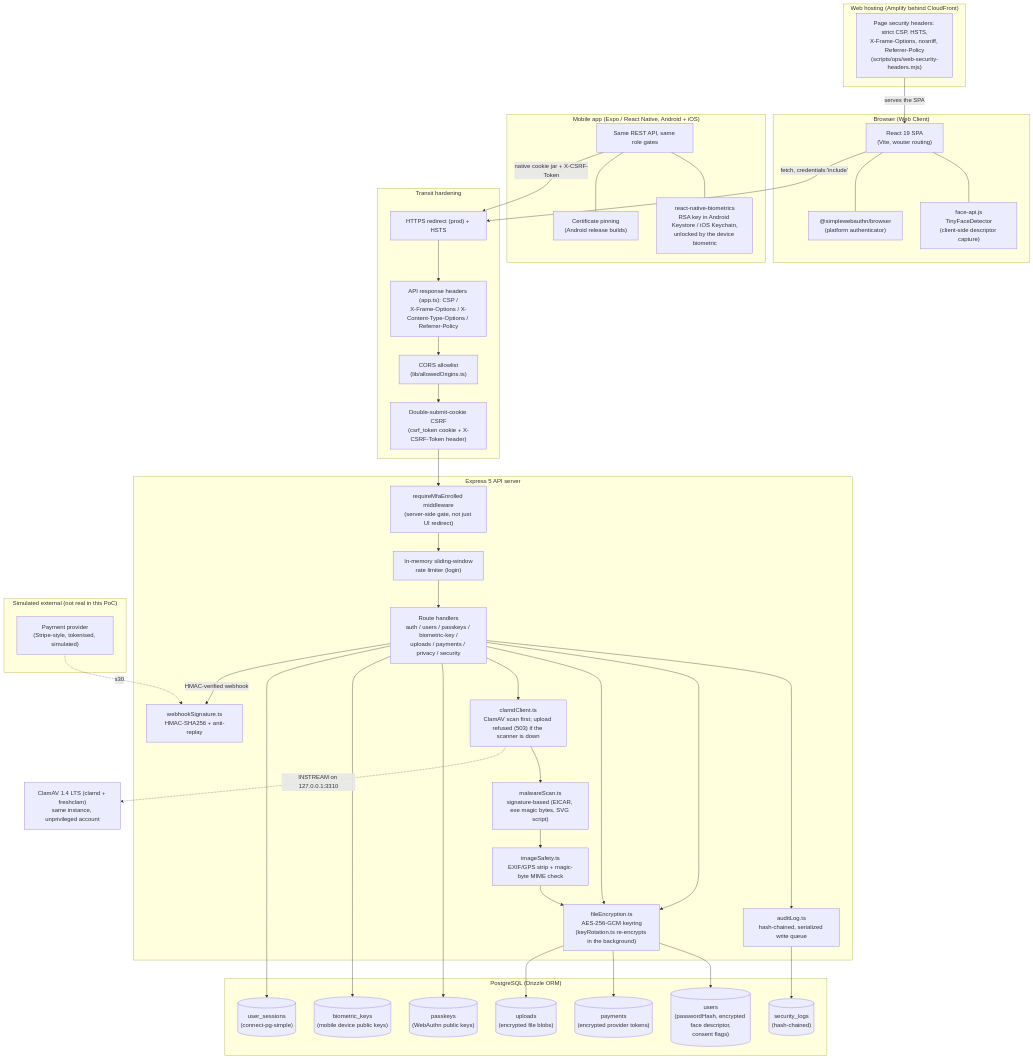
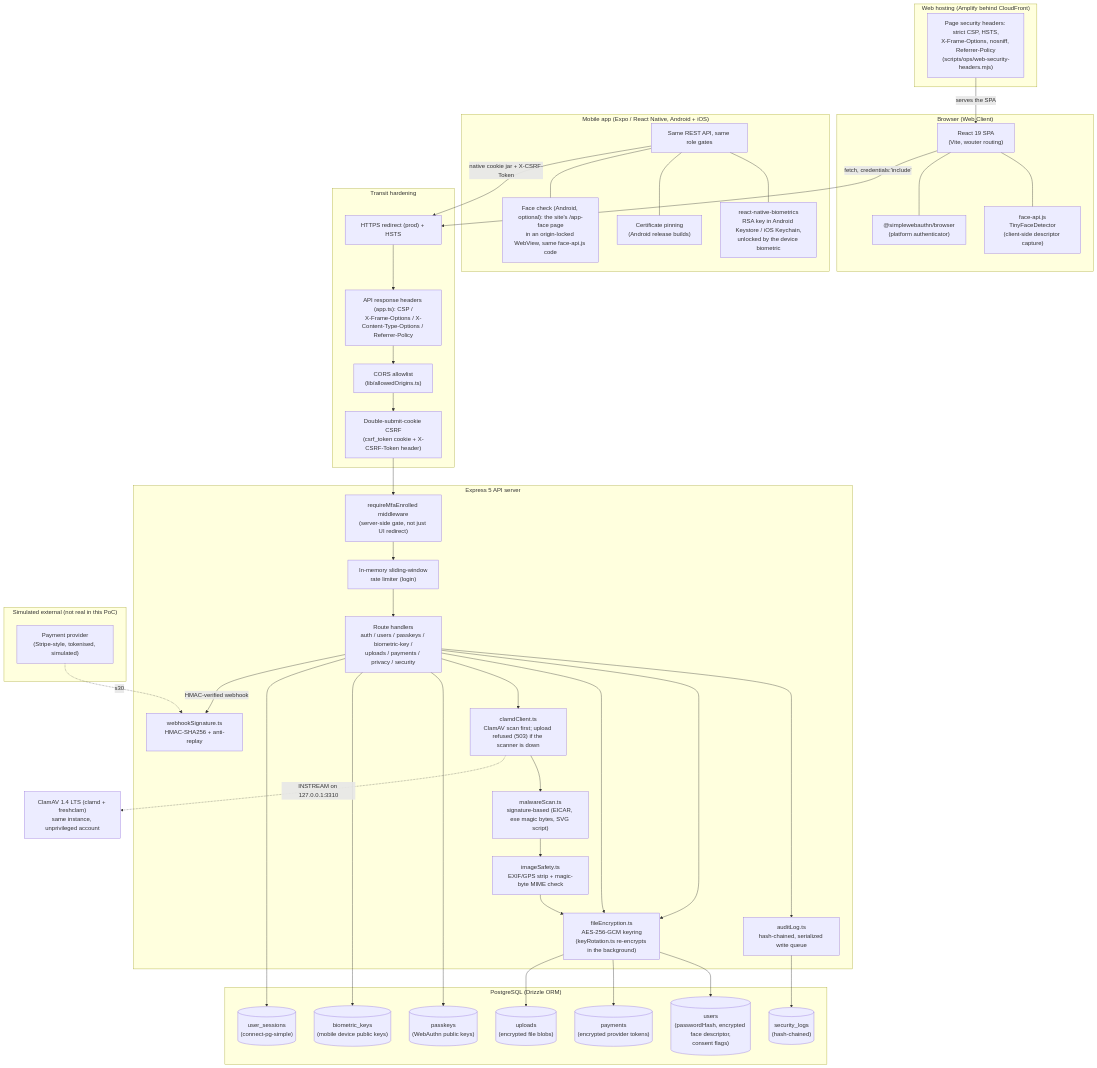
Before and after one commit to GYaseenkhan/Biometric--Authentication: the diagram in docs/01_Security_Architecture.md, drawn with Mermaid. The commit also changed 28 other files, not shown here.

First line of the commit message:
Let people choose fingerprint or face in the Android app (#24)

````diff
--- a/docs/01_Security_Architecture.md
+++ b/docs/01_Security_Architecture.md
@@ -8,70 +8,72 @@
 ```mermaid
 flowchart TB
     subgraph Client["Browser (Web Client)"]
         UI["React 19 SPA<br/>(Vite, wouter routing)"]
         FaceLib["face-api.js<br/>TinyFaceDetector<br/>(client-side descriptor capture)"]
         WebAuthnClient["@simplewebauthn/browser<br/>(platform authenticator)"]
         UI --- FaceLib
         UI --- WebAuthnClient
     end
 
     subgraph Mobile["Mobile app (Expo / React Native, Android + iOS)"]
         MobileUI["Same REST API, same role gates"]
         DeviceKey["react-native-biometrics<br/>RSA key in Android Keystore / iOS Keychain,<br/>unlocked by the device biometric"]
         Pinning["Certificate pinning<br/>(Android release builds)"]
+        FaceCheck["Face check (Android, optional): the site's /app-face page<br/>in an origin-locked WebView, same face-api.js code"]
         MobileUI --- DeviceKey
         MobileUI --- Pinning
+        MobileUI --- FaceCheck
     end
 
     subgraph WebHost["Web hosting (Amplify behind CloudFront)"]
         PageHeaders["Page security headers: strict CSP, HSTS,<br/>X-Frame-Options, nosniff, Referrer-Policy<br/>(scripts/ops/web-security-headers.mjs)"]
     end
 
     subgraph Edge["Transit hardening"]
         HTTPS["HTTPS redirect (prod) + HSTS"]
         Headers["API response headers (app.ts): CSP /<br/>X-Frame-Options / X-Content-Type-Options / Referrer-Policy"]
         CORS["CORS allowlist<br/>(lib/allowedOrigins.ts)"]
         CSRF["Double-submit-cookie CSRF<br/>(csrf_token cookie + X-CSRF-Token header)"]
     end
 
     subgraph API["Express 5 API server"]
         MW["requireMfaEnrolled middleware<br/>(server-side gate, not just UI redirect)"]
         RateLimit["In-memory sliding-window<br/>rate limiter (login)"]
         Routes["Route handlers<br/>auth / users / passkeys / biometric-key /<br/>uploads / payments / privacy / security"]
         AuditLib["auditLog.ts<br/>hash-chained, serialized write queue"]
         Encrypt["fileEncryption.ts<br/>AES-256-GCM keyring<br/>(keyRotation.ts re-encrypts in the background)"]
         Clamd["clamdClient.ts<br/>ClamAV scan first; upload refused (503) if the scanner is down"]
         Scan["malwareScan.ts<br/>signature-based (EICAR, exe magic bytes, SVG script)"]
         ImgSafety["imageSafety.ts<br/>EXIF/GPS strip + magic-byte MIME check"]
         WebhookSig["webhookSignature.ts<br/>HMAC-SHA256 + anti-replay"]
     end
 
     subgraph DB["PostgreSQL (Drizzle ORM)"]
         Users[("users<br/>(passwordHash, encrypted face descriptor,<br/>consent flags)")]
         Passkeys[("passkeys<br/>(WebAuthn public keys)")]
         BioKeys[("biometric_keys<br/>(mobile device public keys)")]
         Uploads[("uploads<br/>(encrypted file blobs)")]
         Payments[("payments<br/>(encrypted provider tokens)")]
         Logs[("security_logs<br/>(hash-chained)")]
         Sessions[("user_sessions<br/>(connect-pg-simple)")]
     end
 
     subgraph ExternalSim["Simulated external (not real in this PoC)"]
         Provider["Payment provider<br/>(Stripe-style, tokenised, simulated)"]
     end
 
     PageHeaders -->|serves the SPA| UI
     UI -->|fetch, credentials:'include'| HTTPS --> Headers --> CORS --> CSRF --> MW
     MobileUI -->|"native cookie jar + X-CSRF-Token"| HTTPS
     MW --> RateLimit --> Routes
     Routes --> AuditLib --> Logs
     Routes --> Encrypt --> Users
     Routes --> Encrypt --> Payments
     Routes --> Clamd --> Scan --> ImgSafety --> Encrypt --> Uploads
     Clamd -.->|"INSTREAM on 127.0.0.1:3310"| ClamAV["ClamAV 1.4 LTS (clamd + freshclam)<br/>same instance, unprivileged account"]
     Routes --> Passkeys
     Routes --> BioKeys
     Routes --> Sessions
     Routes -->|HMAC-verified webhook| WebhookSig
     Provider -. s30 .-> WebhookSig
 ```
````
